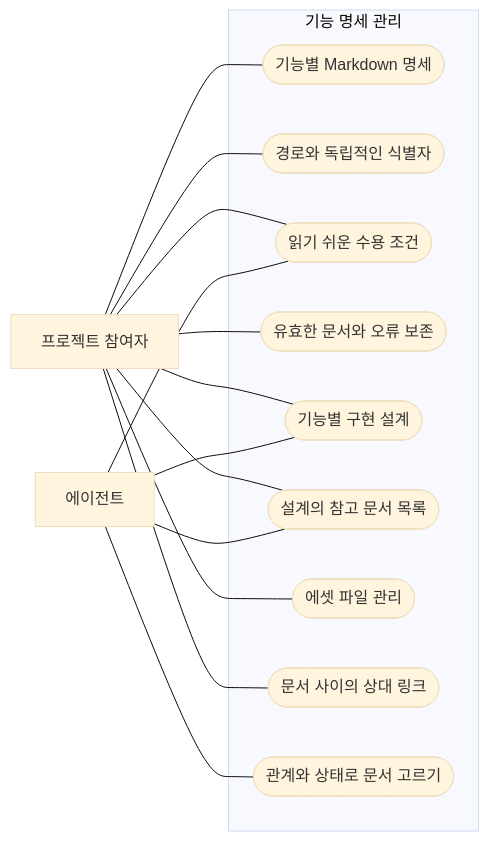
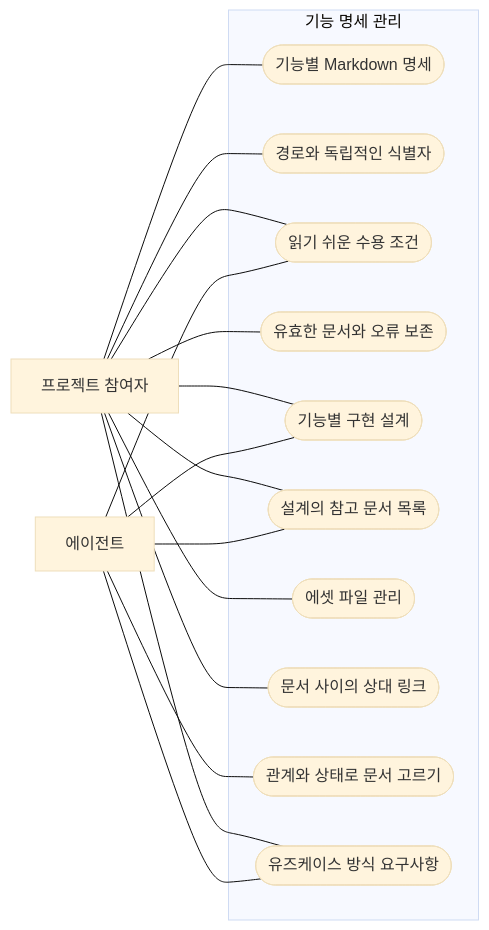
The diagram in .gitifact/spec/specification/index.md (dev-goraebap/gitifact), drawn with Mermaid (base theme) before and after one commit. The commit also changed 94 other files, not shown here.

````diff
--- a/.gitifact/spec/specification/index.md
+++ b/.gitifact/spec/specification/index.md
@@ -11,28 +11,31 @@
 ```mermaid
 flowchart LR
   member[프로젝트 참여자]
   agent[에이전트]
   subgraph specification[기능 명세 관리]
     uc1([기능별 Markdown 명세])
     uc2([경로와 독립적인 식별자])
     uc3([읽기 쉬운 수용 조건])
     uc4([유효한 문서와 오류 보존])
     uc5([기능별 구현 설계])
     uc6([설계의 참고 문서 목록])
     uc7([에셋 파일 관리])
     uc8([문서 사이의 상대 링크])
     uc9([관계와 상태로 문서 고르기])
+    uc10([유즈케이스 방식 요구사항])
   end
   member --- uc1
   member --- uc2
   member --- uc3
   member --- uc4
   member --- uc5
   member --- uc6
   member --- uc7
   member --- uc8
   agent --- uc3
   agent --- uc5
   agent --- uc6
   agent --- uc9
+  member --- uc10
+  agent --- uc10
 ```
````
